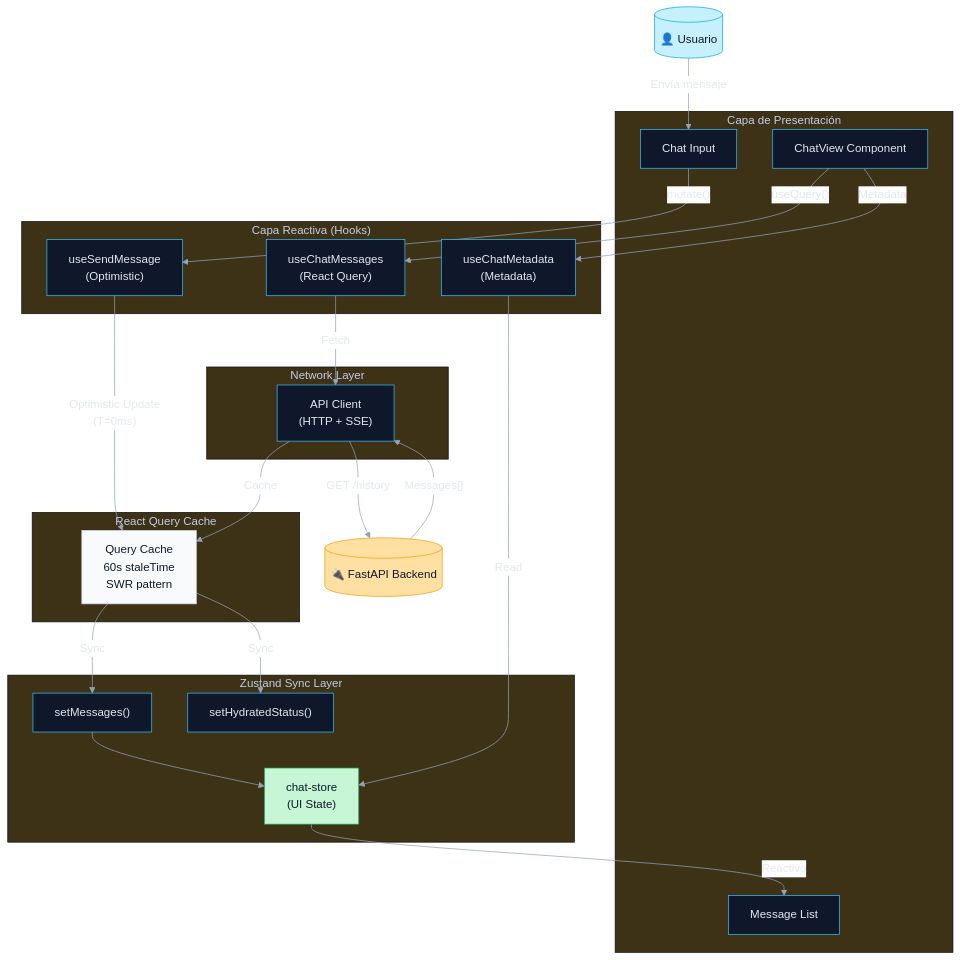
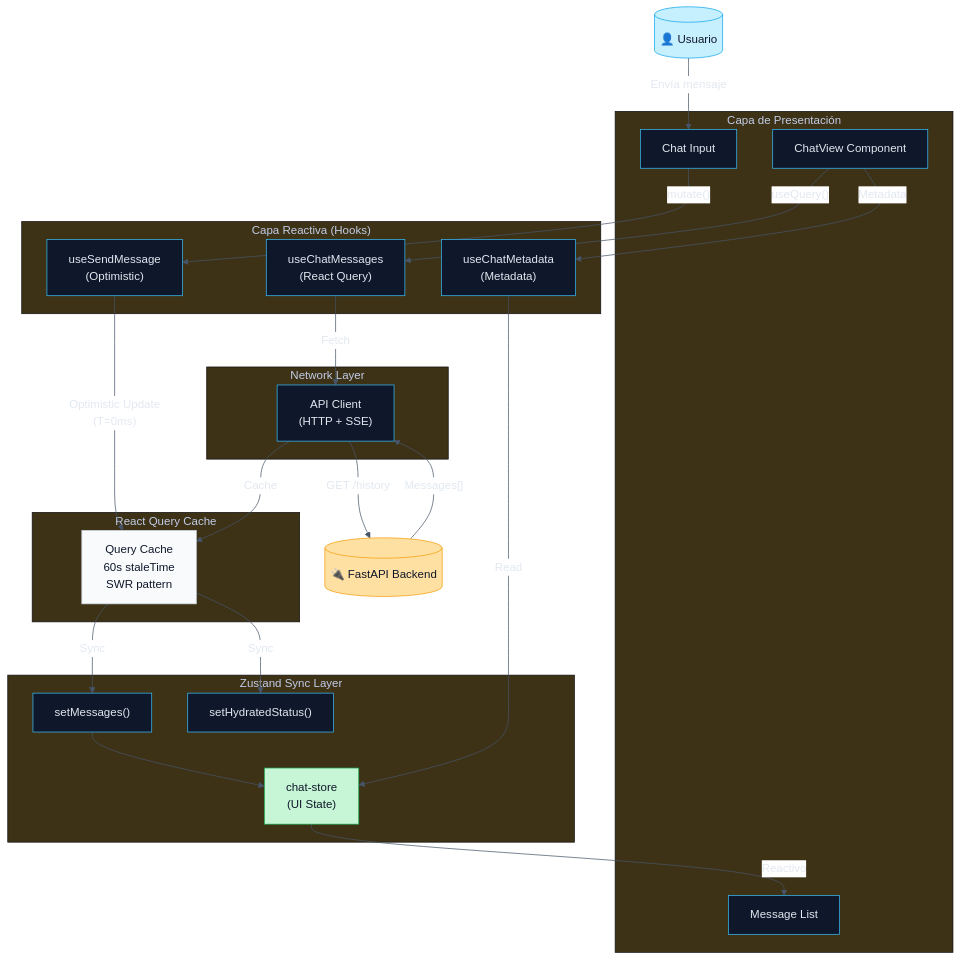
The fifth of 11 diagrams in README.md (saptiva-ai/octavios-chat), drawn with Mermaid before and after one commit. The commit also changed other lines of this file, not shown here.

Commit message:
docs: darken diagram edges

````diff
--- a/README.md
+++ b/README.md
@@ -764,55 +764,55 @@
 ```mermaid
-%%{init: {'theme': 'base', 'themeVariables': {'primaryColor': '#0f172a','primaryBorderColor': '#38bdf8','primaryTextColor': '#e2e8f0','lineColor': '#94a3b8','secondaryColor': '#ffffff','secondaryBorderColor': '#cbd5e1','secondaryTextColor': '#0f172a'}}}%%
+%%{init: {'theme': 'base', 'themeVariables': {'primaryColor': '#0f172a','primaryBorderColor': '#38bdf8','primaryTextColor': '#e2e8f0','lineColor': '#475569','textColor': '#1f2937','secondaryColor': '#ffffff','secondaryBorderColor': '#cbd5e1','secondaryTextColor': '#0f172a'}}}%%
 flowchart TB
     User[("👤 Usuario")]
 
     subgraph UI["Capa de Presentación"]
         ChatView["ChatView Component"]
         MessageList["Message List"]
         ChatInput["Chat Input"]
     end
 
     subgraph Reactive["Capa Reactiva (Hooks)"]
         useChatMessages["useChatMessages<br/>(React Query)"]
         useChatMetadata["useChatMetadata<br/>(Metadata)"]
         useSendMessage["useSendMessage<br/>(Optimistic)"]
     end
 
     subgraph Cache["React Query Cache"]
         QueryCache["Query Cache<br/>60s staleTime<br/>SWR pattern"]
     end
 
     subgraph Sync["Zustand Sync Layer"]
         ChatStore["chat-store<br/>(UI State)"]
         setMessages["setMessages()"]
         setHydrated["setHydratedStatus()"]
     end
 
     subgraph Network["Network Layer"]
         APIClient["API Client<br/>(HTTP + SSE)"]
     end
 
     Backend[("🔌 FastAPI Backend")]
 
     User -->|"Envía mensaje"| ChatInput
     ChatInput -->|"mutate()"| useSendMessage
     useSendMessage -->|"Optimistic Update<br/>(T=0ms)"| QueryCache
     QueryCache -->|"Sync"| setMessages
     setMessages --> ChatStore
     ChatStore -->|"Reactivo"| MessageList
 
     ChatView -->|"useQuery()"| useChatMessages
     useChatMessages -->|"Fetch"| APIClient
     APIClient -->|"GET /history"| Backend
     Backend -->|"Messages[]"| APIClient
     APIClient -->|"Cache"| QueryCache
     QueryCache -->|"Sync"| setHydrated
 
     ChatView -->|"Metadata"| useChatMetadata
     useChatMetadata -->|"Read"| ChatStore
 
     style User fill:#c7f0ff,stroke:#0ea5e9,color:#0f172a
     style Backend fill:#ffe0a3,stroke:#f59e0b,color:#0f172a
     style QueryCache fill:#f8fafc,stroke:#cbd5e1,color:#0f172a
     style ChatStore fill:#c6f6d5,stroke:#16a34a,color:#0f172a
 ```
````
